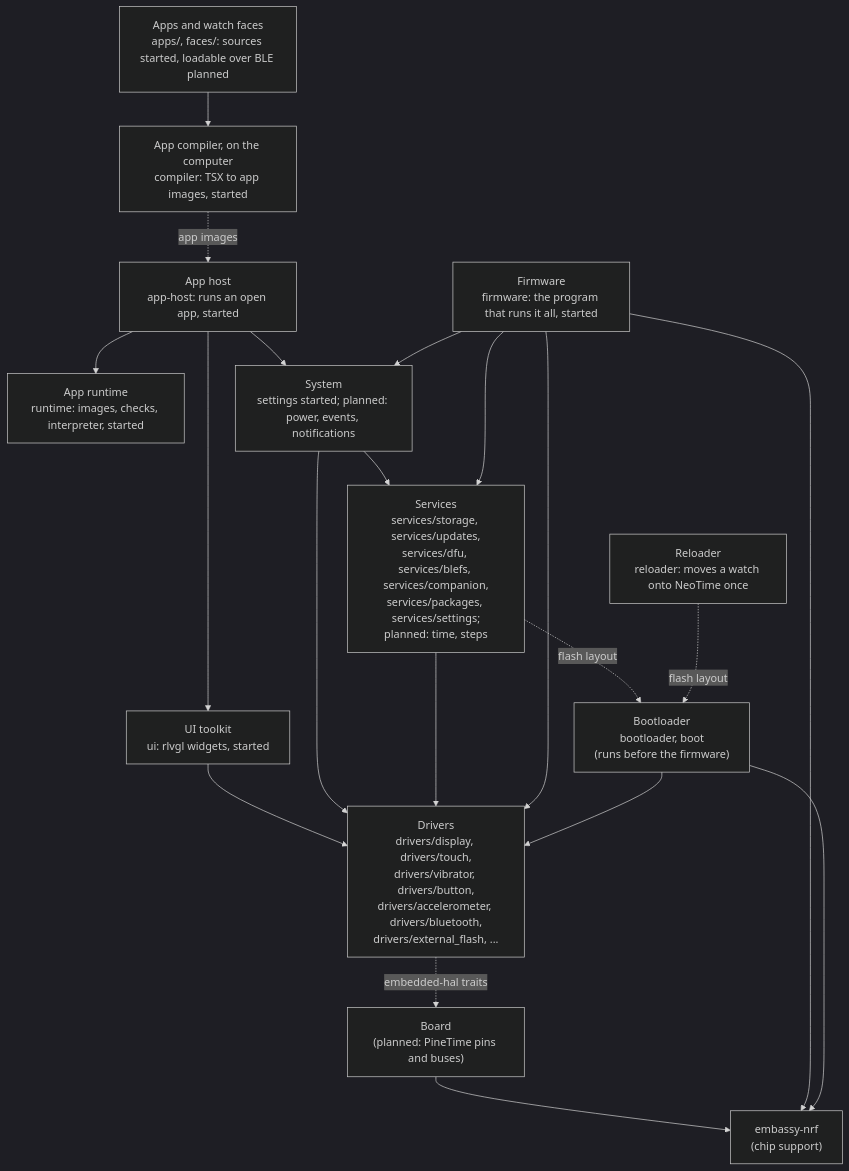
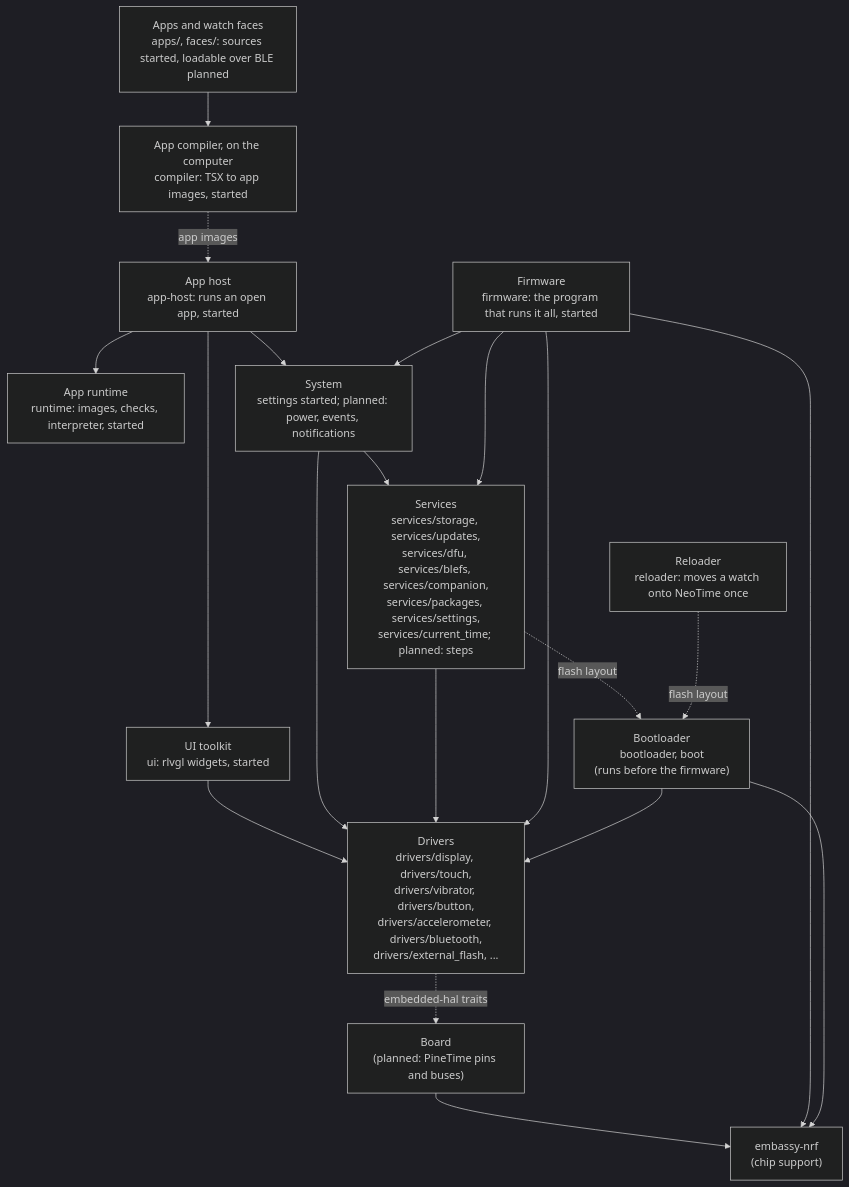
One commit to BeatLink/BattleTime changed the diagram in docs/architecture.md. Above: the diagram before and after it, drawn with Mermaid (dark theme). The commit also changed other lines of this file and 12 other files, not shown here.

Commit message:
feat(bluetooth): serve the watch's time on Current Time reads and add Local Time Information

````diff
--- a/docs/architecture.md
+++ b/docs/architecture.md
@@ -28,38 +28,38 @@
 ```mermaid
 flowchart TB
     apps["Apps and watch faces<br/>apps/, faces/: sources started, loadable over BLE planned"]
     host["App host<br/>app-host: runs an open app, started"]
     compiler["App compiler, on the computer<br/>compiler: TSX to app images, started"]
     runtime["App runtime<br/>runtime: images, checks, interpreter, started"]
     ui["UI toolkit<br/>ui: rlvgl widgets, started"]
     system["System<br/>settings started; planned: power, events, notifications"]
-    services["Services<br/>services/storage, services/updates,<br/>services/dfu, services/blefs, services/companion,<br/>services/packages, services/settings;<br/>planned: time, steps"]
+    services["Services<br/>services/storage, services/updates,<br/>services/dfu, services/blefs, services/companion,<br/>services/packages, services/settings,<br/>services/current_time; planned: steps"]
     drivers["Drivers<br/>drivers/display, drivers/touch,<br/>drivers/vibrator, drivers/button,<br/>drivers/accelerometer, drivers/bluetooth,<br/>drivers/external_flash, ..."]
     board["Board<br/>(planned: PineTime pins and buses)"]
     hal["embassy-nrf<br/>(chip support)"]
 
     apps --> compiler
     compiler -. app images .-> host
     host --> runtime
     host --> ui
     host --> system
     ui --> drivers
     system --> services
     system --> drivers
     services --> drivers
     drivers -. embedded-hal traits .-> board
     board --> hal
 
     firmware["Firmware<br/>firmware: the program that runs it all, started"]
     firmware --> system
     firmware --> services
     firmware --> drivers
     firmware --> hal
 
     bootloader["Bootloader<br/>bootloader, boot<br/>(runs before the firmware)"]
     bootloader --> drivers
     bootloader --> hal
     services -. flash layout .-> bootloader
     reloader["Reloader<br/>reloader: moves a watch onto NeoTime once"]
     reloader -. flash layout .-> bootloader
 ```
````
